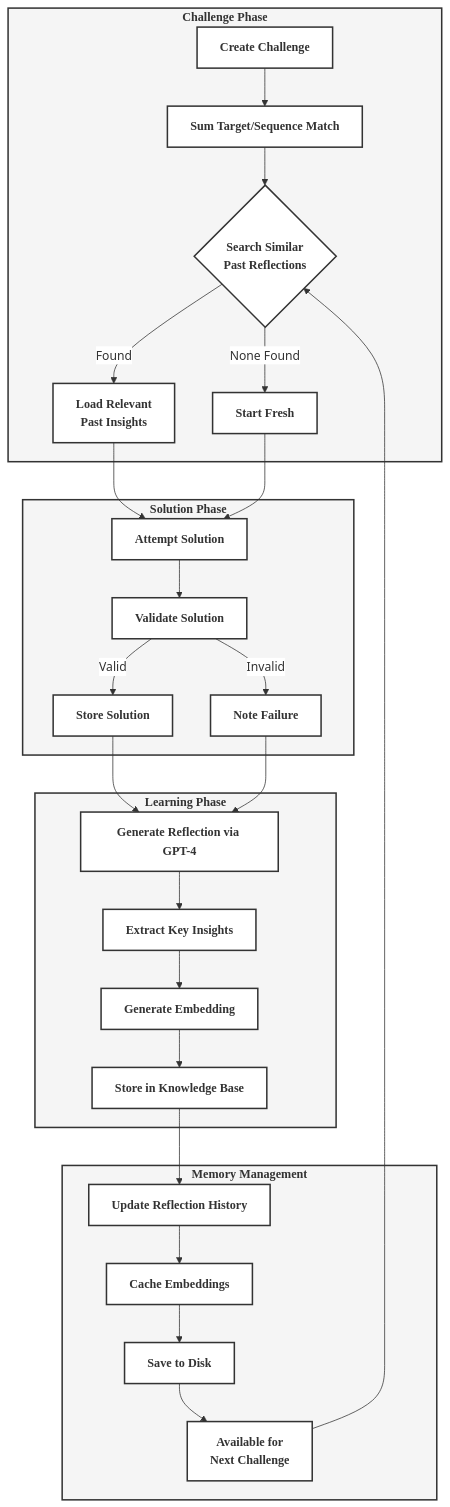
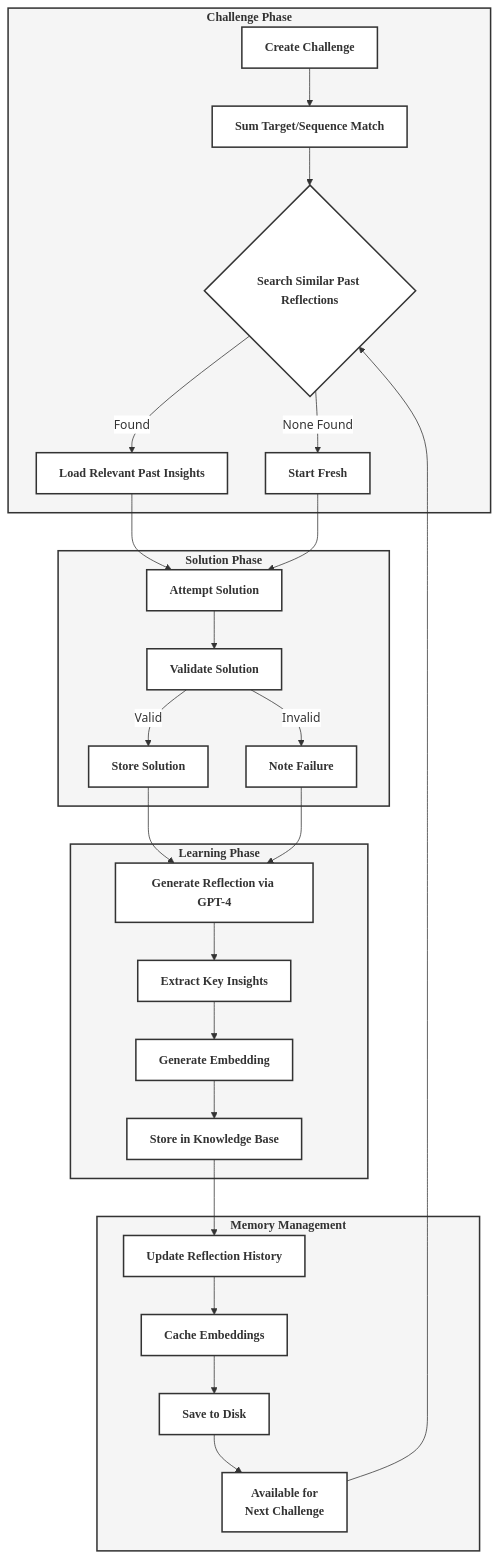
Before and after one commit to EveryOneIsGross/scratchTHOUGHTS: the first of 18 diagrams in README.md, drawn with Mermaid.

````diff
--- a/README.md
+++ b/README.md
@@ -27,60 +27,60 @@
 ```mermaid
 
 %%{init: {
   'theme': 'base',
   'themeVariables': {
     'fontFamily': 'Comic Sans MS',
     'primaryColor': '#333333',
     'primaryTextColor': '#333333',
     'primaryBorderColor': '#333333',
     'lineColor': '#333333',
     'secondaryColor': '#ffffff',
     'tertiaryColor': '#ffffff'
   },
   'flowchart': {
     'curve': 'basis',
     'nodeSpacing': 50,
     'rankSpacing': 50
   }
 } }%%
 
 flowchart TD
     classDef default fill:#fff,stroke:#333,stroke-width:2px,color:#333,font-family:'Comic Sans MS',font-weight:bold
     classDef box fill:#f5f5f5,stroke:#333,stroke-width:2px,color:#333,font-family:'Comic Sans MS',font-weight:bold
 
     subgraph Challenge["Challenge Phase"]
         A[Create Challenge] --> B[Sum Target/Sequence Match]
-        B --> C{Search Similar\nPast Reflections}
-        C -->|Found| D[Load Relevant\nPast Insights]
+        B --> C{Search Similar Past Reflections}
+        C -->|Found| D[Load Relevant Past Insights]
         C -->|None Found| E[Start Fresh]
     end
 
     subgraph Solution["Solution Phase"]
         D --> F[Attempt Solution]
         E --> F
         F --> G[Validate Solution]
         G -->|Valid| H[Store Solution]
         G -->|Invalid| I[Note Failure]
     end
 
     subgraph Learning["Learning Phase"]
         H --> J[Generate Reflection via GPT-4]
         I --> J
         J --> K[Extract Key Insights]
         K --> L[Generate Embedding]
         L --> M[Store in Knowledge Base]
     end
 
     subgraph Memory["Memory Management"]
         M --> N[Update Reflection History]
         N --> O[Cache Embeddings]
         O --> P[Save to Disk]
         P --> Q[Available for\nNext Challenge]
     end
 
     Q --> C
 
     class Challenge,Solution,Learning,Memory box
 
 
 ```
````
